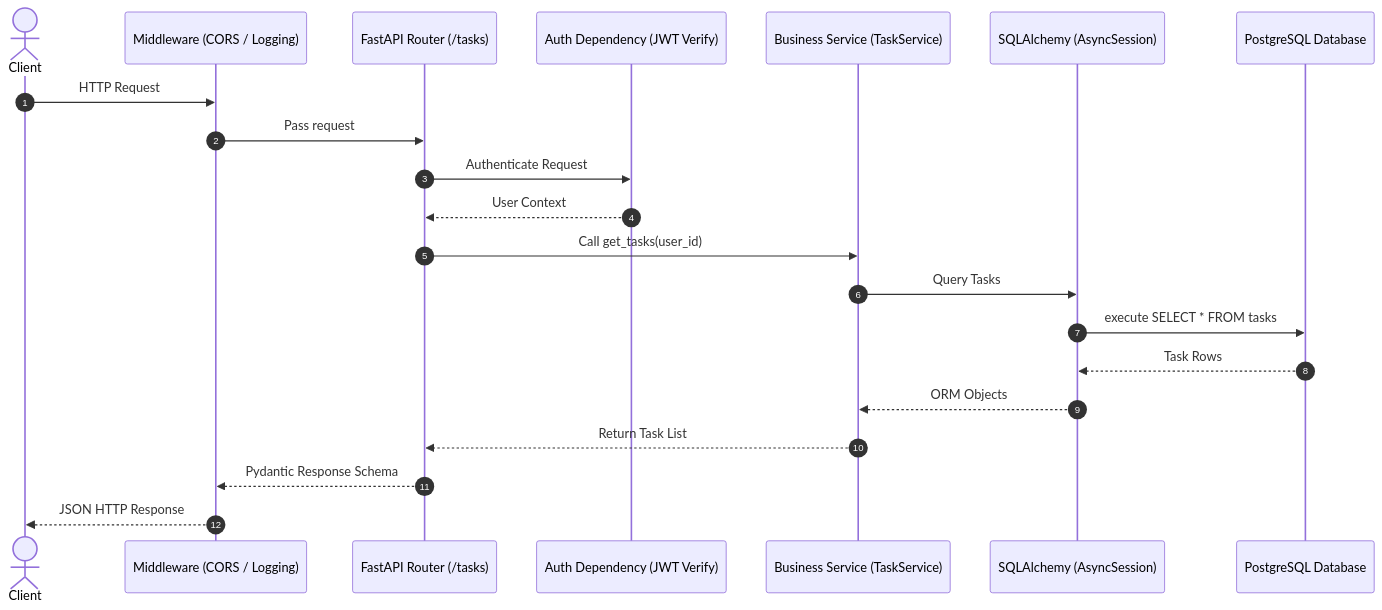
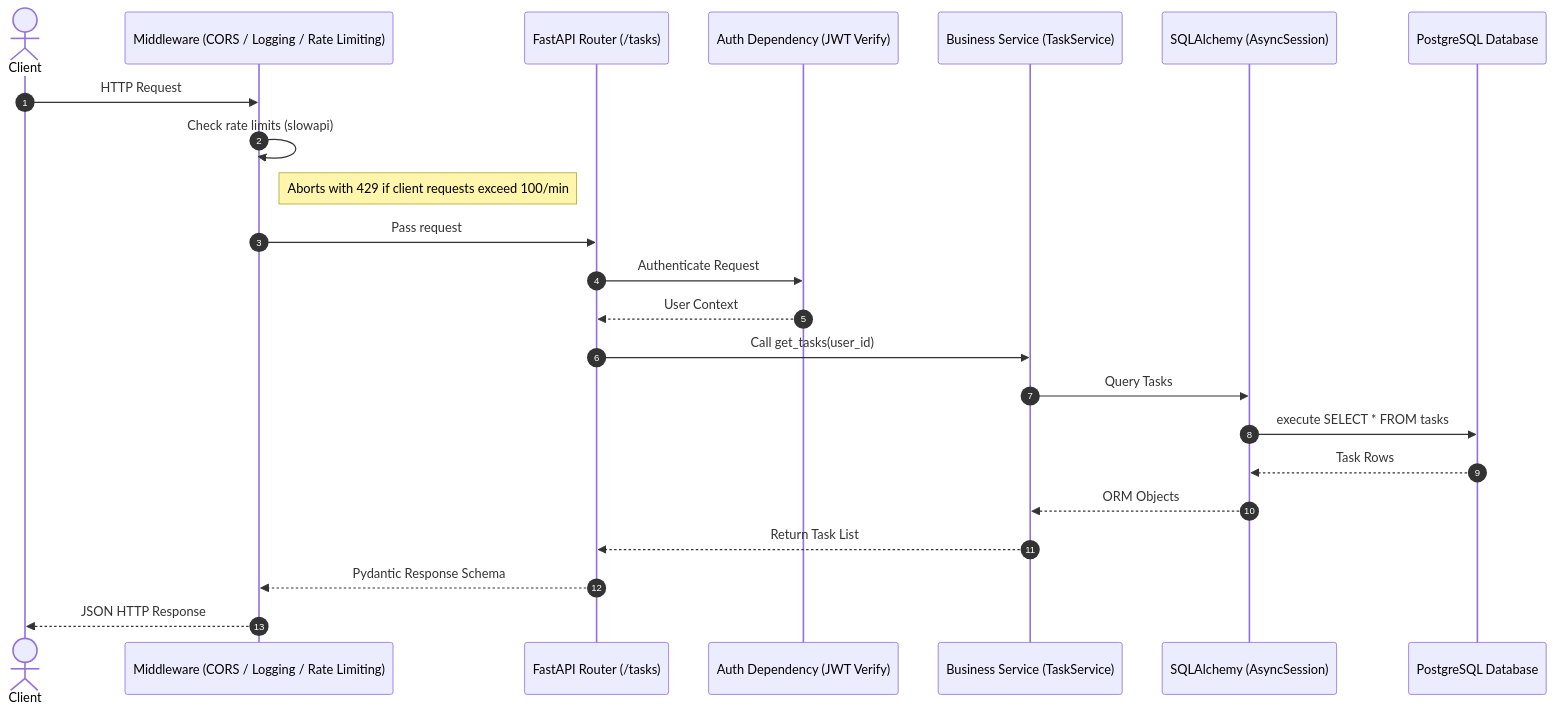
One commit to nandakumar-nandu/TaskFlowAPI changed the fifth of 5 diagrams in README.md. Above: the diagram before and after it, drawn with Mermaid. The commit also changed other lines of this file and 7 other files, not shown here.

First line of the commit message:
chore: Railway deployment, rate limiting, final docs, version 1.0.0

````diff
--- a/README.md
+++ b/README.md
@@ -190,24 +191,26 @@
 ```mermaid
 sequenceDiagram
     autonumber
     actor Client
-    participant MW as Middleware (CORS / Logging)
+    participant MW as Middleware (CORS / Logging / Rate Limiting)
     participant Route as FastAPI Router (/tasks)
     participant Auth as Auth Dependency (JWT Verify)
     participant Service as Business Service (TaskService)
     participant DB as SQLAlchemy (AsyncSession)
     participant PG as PostgreSQL Database
 
     Client->>MW: HTTP Request
+    MW->>MW: Check rate limits (slowapi)
+    Note right of MW: Aborts with 429 if client requests exceed 100/min
     MW->>Route: Pass request
     Route->>Auth: Authenticate Request
     Auth-->>Route: User Context
     Route->>Service: Call get_tasks(user_id)
     Service->>DB: Query Tasks
     DB->>PG: execute SELECT * FROM tasks
     PG-->>DB: Task Rows
     DB-->>Service: ORM Objects
     Service-->>Route: Return Task List
     Route-->>MW: Pydantic Response Schema
     MW-->>Client: JSON HTTP Response
 ```
````
